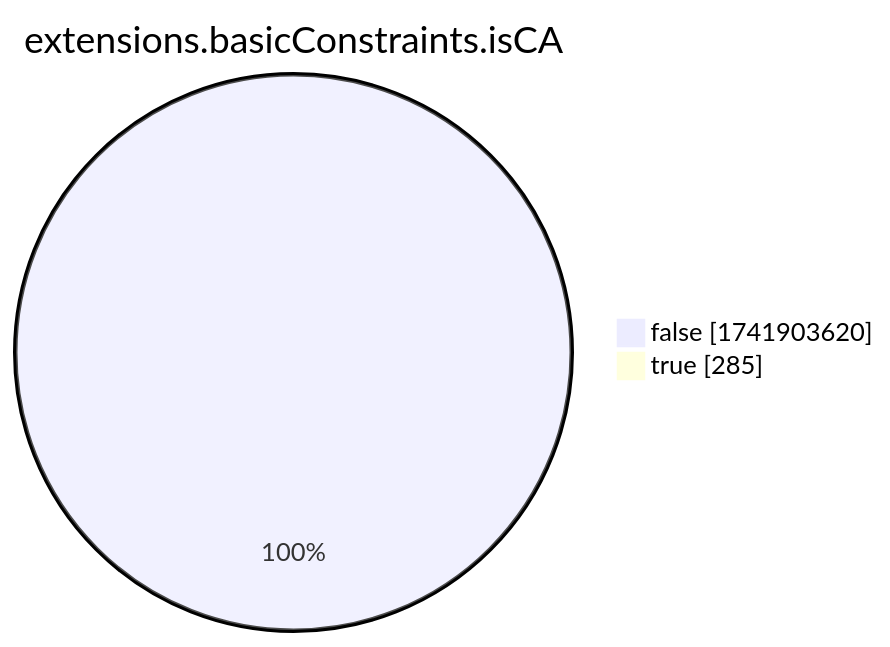
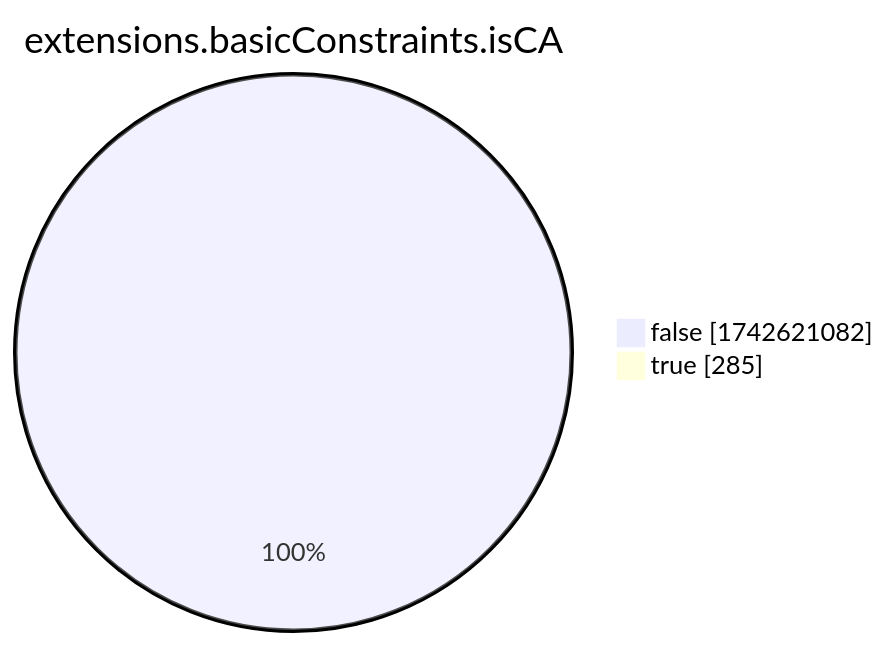
One commit to christiankrug/ctmonitor_visualization changed the eighth of 15 diagrams in xenon2022/README.md. Above: the diagram before and after it, drawn with Mermaid. The commit also changed other lines of this file, not shown here.

````diff
--- a/xenon2022/README.md
+++ b/xenon2022/README.md
@@ -2867,6 +2867,6 @@
 ```mermaid
 pie showData
 title extensions.basicConstraints.isCA
-"false" :1741903620
+"false" :1742621082
 "true" :285
 ```
````
